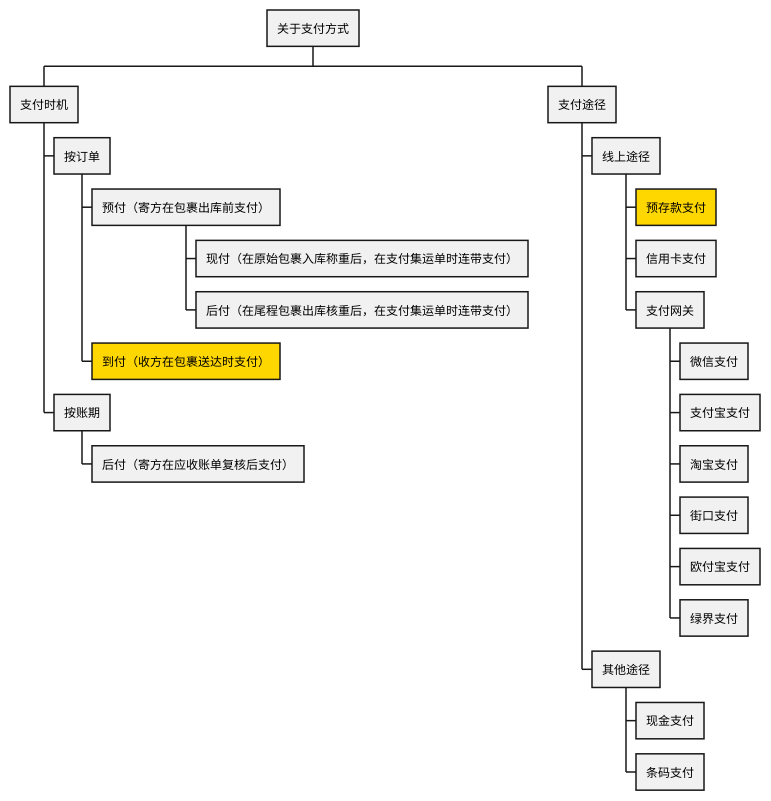
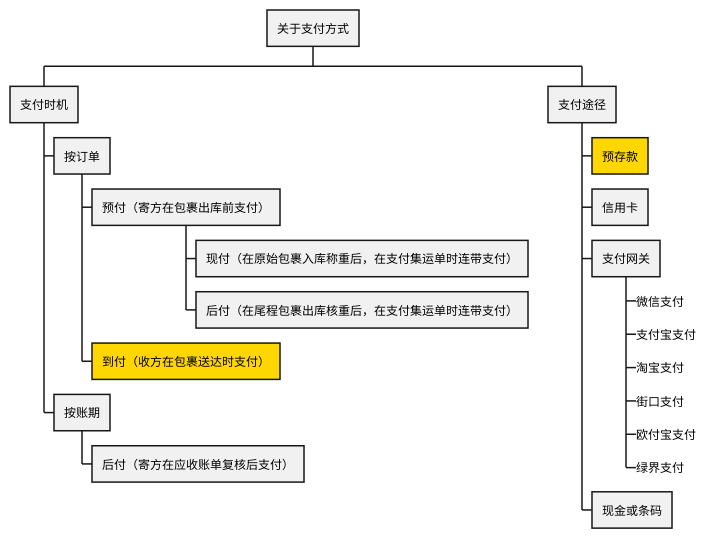
One commit to jack888332/projects-doc changed diagram 13 of 14 in product-caliber/bms/prd/财务系统.PRD.md. Above: the diagram before and after it, drawn with PlantUML. The commit also changed other lines of this file, not shown here.

````diff
--- a/product-caliber/bms/prd/财务系统.PRD.md
+++ b/product-caliber/bms/prd/财务系统.PRD.md
@@ -2787,30 +2877,27 @@
 ```plantuml
 @startwbs
 skinparam shadowing false
 skinparam DefaultTextAlignment center
 
 * 关于支付方式
 ** 支付时机
 *** 按订单
 **** 预付（寄方在包裹出库前支付）
 ***** 现付（在原始包裹入库称重后，在支付集运单时连带支付）
 ***** 后付（在尾程包裹出库核重后，在支付集运单时连带支付）
 ****[#gold] 到付（收方在包裹送达时支付）
 *** 按账期
 **** 后付（寄方在应收账单复核后支付）
 ** 支付途径
-*** 线上途径
-****[#gold] 预存款支付
-**** 信用卡支付
-**** 支付网关
-***** 微信支付
-***** 支付宝支付
-***** 淘宝支付
-***** 街口支付
-***** 欧付宝支付
-***** 绿界支付
-*** 其他途径
-**** 现金支付
-**** 条码支付
+***[#gold] 预存款
+*** 信用卡
+*** 支付网关
+****_ 微信支付
+****_ 支付宝支付
+****_ 淘宝支付
+****_ 街口支付
+****_ 欧付宝支付
+****_ 绿界支付
+*** 现金或条码
 @endwbs
 ```
````
